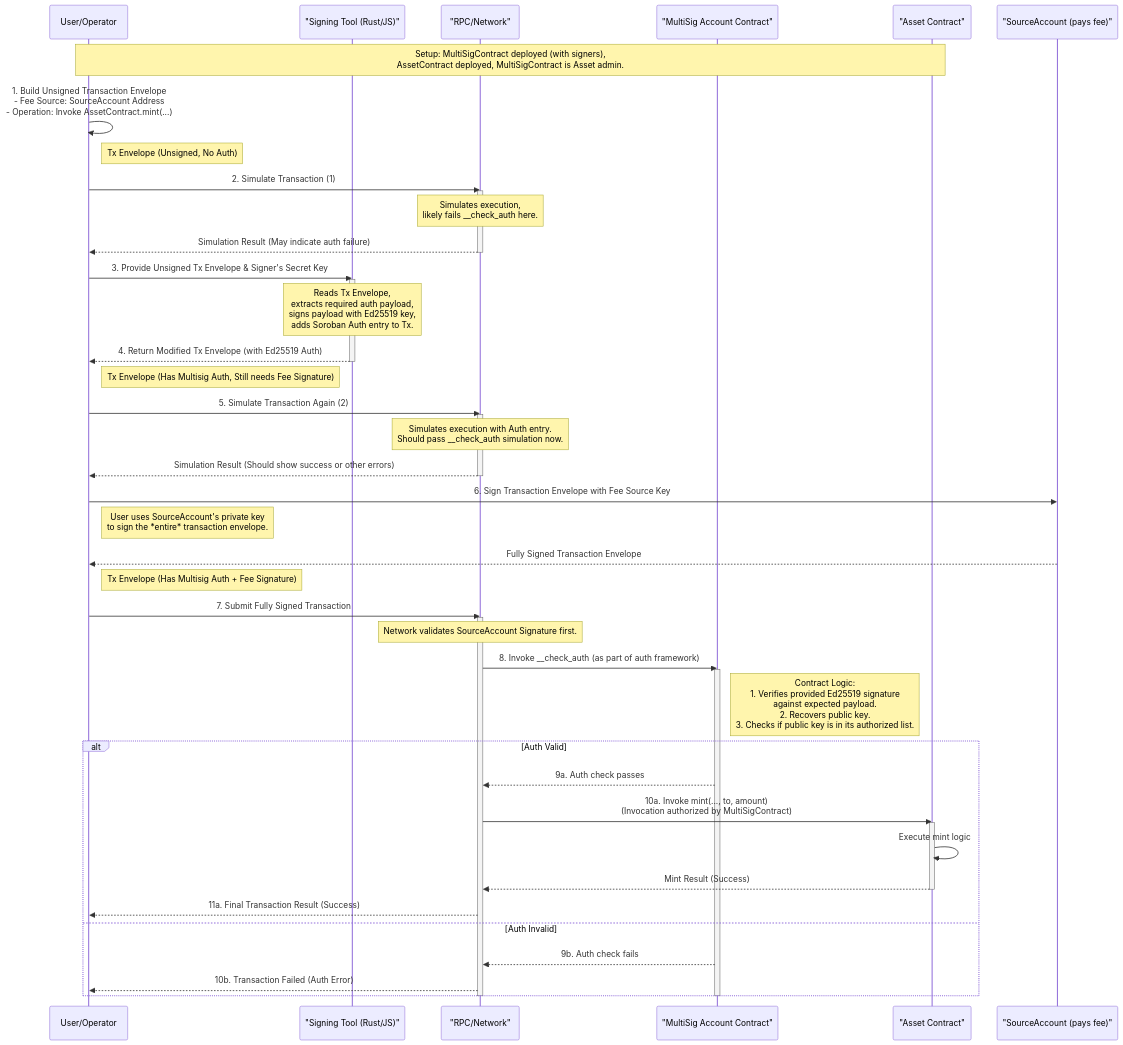
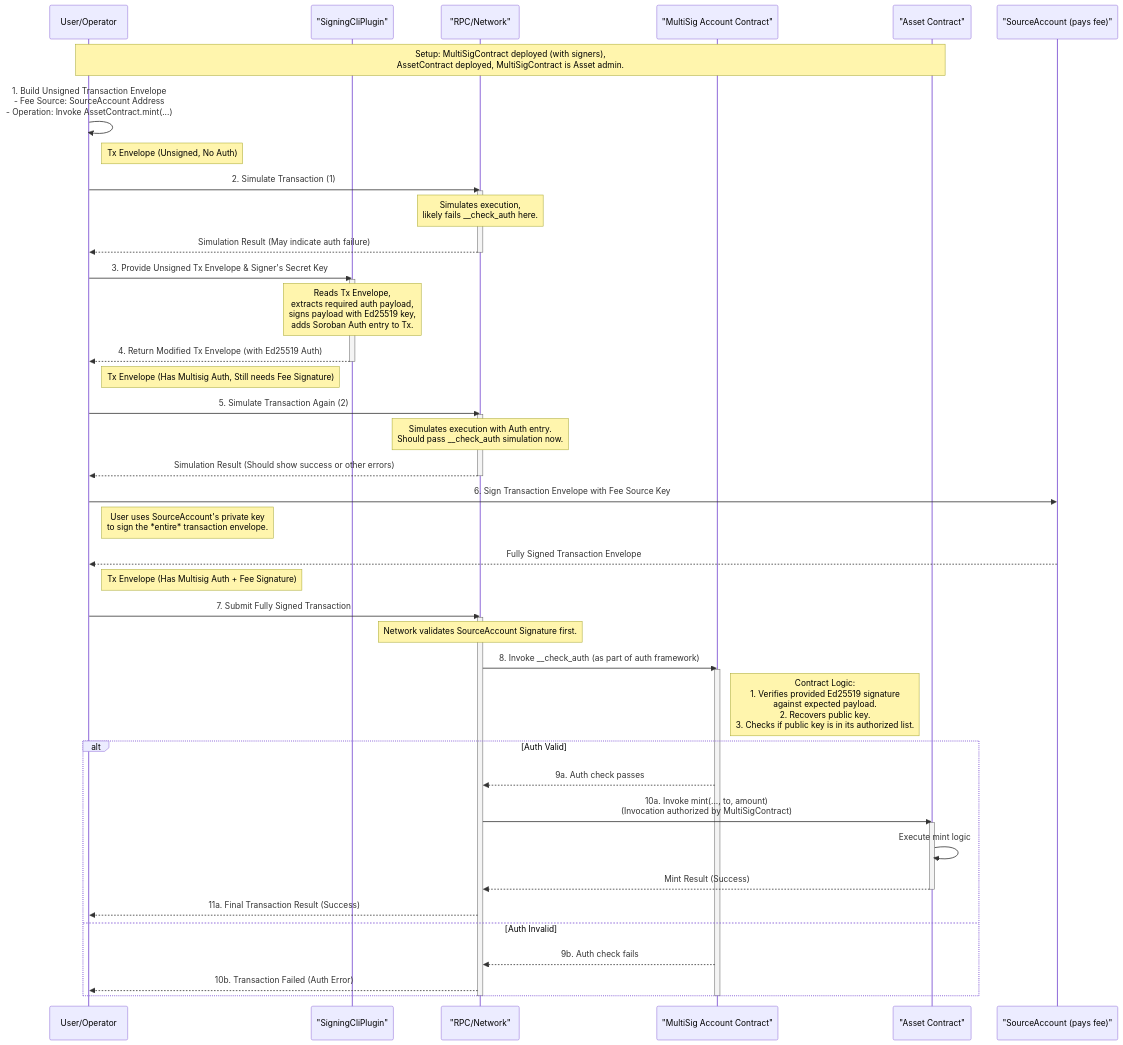
One commit to stellar/soroban-examples changed the diagram in multisig_1_of_n_account/README.md. Above: the diagram before and after it, drawn with Mermaid.

Commit message:
rename signing tool to signing cli plugin in diagram

````diff
--- a/multisig_1_of_n_account/README.md
+++ b/multisig_1_of_n_account/README.md
@@ -11,65 +11,65 @@
 ```mermaid
 sequenceDiagram
     participant User/Operator
-    participant SigningTool as "Signing Tool (Rust/JS)"
+    participant SigningCliPlugin as "SigningCliPlugin"
     participant RPC as "RPC/Network"
     participant MultiSigContract as "MultiSig Account Contract"
     participant AssetContract as "Asset Contract"
     participant SourceAccount as "SourceAccount (pays fee)"
 
     Note over User/Operator, AssetContract: Setup: MultiSigContract deployed (with signers),<br/>AssetContract deployed, MultiSigContract is Asset admin.
 
     User/Operator->>User/Operator: 1. Build Unsigned Transaction Envelope<br/> - Fee Source: SourceAccount Address<br/> - Operation: Invoke AssetContract.mint(...)
     Note right of User/Operator: Tx Envelope (Unsigned, No Auth)
 
     User/Operator->>RPC: 2. Simulate Transaction (1)
     activate RPC
     Note over RPC: Simulates execution,<br/>likely fails __check_auth here.
     RPC-->>User/Operator: Simulation Result (May indicate auth failure)
     deactivate RPC
 
-    User/Operator->>SigningTool: 3. Provide Unsigned Tx Envelope & Signer's Secret Key
-    activate SigningTool
-    Note over SigningTool: Reads Tx Envelope,<br/>extracts required auth payload,<br/>signs payload with Ed25519 key,<br/>adds Soroban Auth entry to Tx.
-    SigningTool-->>User/Operator: 4. Return Modified Tx Envelope (with Ed25519 Auth)
-    deactivate SigningTool
+    User/Operator->>SigningCliPlugin: 3. Provide Unsigned Tx Envelope & Signer's Secret Key
+    activate SigningCliPlugin
+    Note over SigningCliPlugin: Reads Tx Envelope,<br/>extracts required auth payload,<br/>signs payload with Ed25519 key,<br/>adds Soroban Auth entry to Tx.
+    SigningCliPlugin-->>User/Operator: 4. Return Modified Tx Envelope (with Ed25519 Auth)
+    deactivate SigningCliPlugin
     Note right of User/Operator: Tx Envelope (Has Multisig Auth, Still needs Fee Signature)
 
     User/Operator->>RPC: 5. Simulate Transaction Again (2)
     activate RPC
     Note over RPC: Simulates execution with Auth entry.<br/>Should pass __check_auth simulation now.
     RPC-->>User/Operator: Simulation Result (Should show success or other errors)
     deactivate RPC
 
     User/Operator->>SourceAccount: 6. Sign Transaction Envelope with Fee Source Key
     Note right of User/Operator: User uses SourceAccount's private key<br/>to sign the *entire* transaction envelope.
     SourceAccount-->>User/Operator: Fully Signed Transaction Envelope
     Note right of User/Operator: Tx Envelope (Has Multisig Auth + Fee Signature)
 
     User/Operator->>RPC: 7. Submit Fully Signed Transaction
     activate RPC
 
     Note over RPC: Network validates SourceAccount Signature first.
     RPC->>MultiSigContract: 8. Invoke __check_auth (as part of auth framework)
     activate MultiSigContract
     Note right of MultiSigContract: Contract Logic:<br/>1. Verifies provided Ed25519 signature<br/>   against expected payload.<br/>2. Recovers public key.<br/>3. Checks if public key is in its authorized list.
 
     alt Auth Valid
         MultiSigContract-->>RPC: 9a. Auth check passes
         
         RPC->>AssetContract: 10a. Invoke mint(..., to, amount)<br/>(Invocation authorized by MultiSigContract)
         activate AssetContract
         AssetContract->>AssetContract: Execute mint logic
         AssetContract-->>RPC: Mint Result (Success)
         deactivate AssetContract
         
         RPC-->>User/Operator: 11a. Final Transaction Result (Success)
     else Auth Invalid
         MultiSigContract-->>RPC: 9b. Auth check fails
         
         RPC-->>User/Operator: 10b. Transaction Failed (Auth Error)
     end
     
     deactivate MultiSigContract
     deactivate RPC
 ```
````
